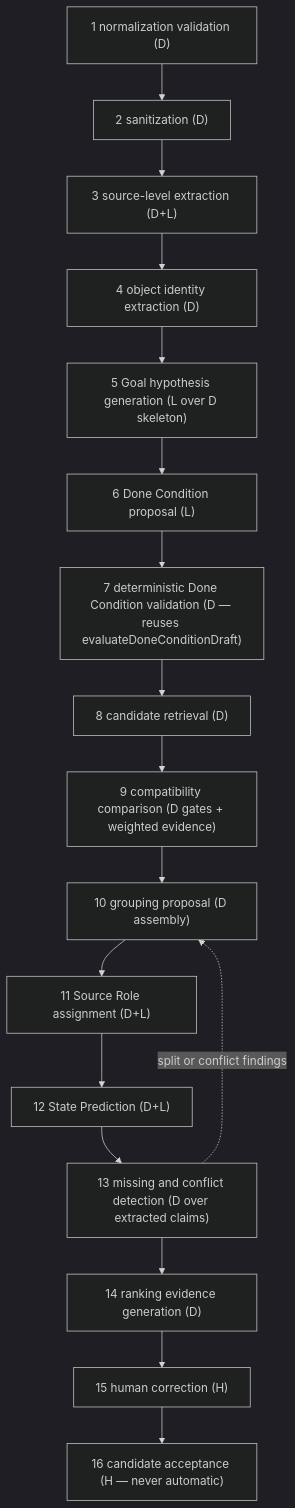
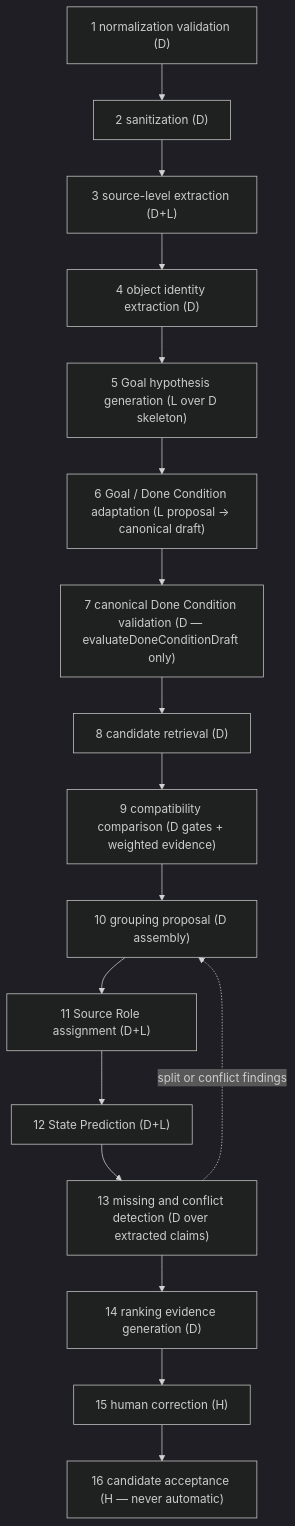
One commit to haya10hikawa-hub/Atra-workunitOS changed the third of 5 diagrams in docs/plans/WORKUNIT_FORMATION_PROVIDER_PROCESSING_PLAN.md. Above: the diagram before and after it, drawn with Mermaid (dark theme). The commit also changed other lines of this file, not shown here.

````diff
--- a/docs/plans/WORKUNIT_FORMATION_PROVIDER_PROCESSING_PLAN.md
+++ b/docs/plans/WORKUNIT_FORMATION_PROVIDER_PROCESSING_PLAN.md
@@ -377,22 +387,22 @@
 ```mermaid
 flowchart TD
     A["1 normalization validation (D)"]
     B["2 sanitization (D)"]
     C["3 source-level extraction (D+L)"]
     D2["4 object identity extraction (D)"]
     E["5 Goal hypothesis generation (L over D skeleton)"]
-    F["6 Done Condition proposal (L)"]
-    G["7 deterministic Done Condition validation (D — reuses evaluateDoneConditionDraft)"]
+    F["6 Goal / Done Condition adaptation (L proposal → canonical draft)"]
+    G["7 canonical Done Condition validation (D — evaluateDoneConditionDraft only)"]
     H["8 candidate retrieval (D)"]
     I["9 compatibility comparison (D gates + weighted evidence)"]
     J["10 grouping proposal (D assembly)"]
     K["11 Source Role assignment (D+L)"]
     L2["12 State Prediction (D+L)"]
     M["13 missing and conflict detection (D over extracted claims)"]
     N["14 ranking evidence generation (D)"]
     O["15 human correction (H)"]
     P["16 candidate acceptance (H — never automatic)"]
 
     A --> B --> C --> D2 --> E --> F --> G --> H --> I --> J --> K --> L2 --> M --> N --> O --> P
     M -.->|"split or conflict findings"| J
 ```
````
